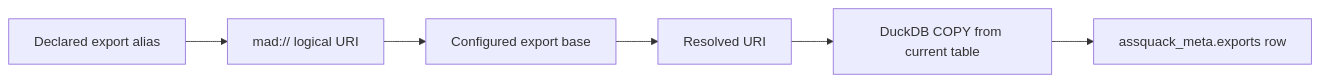
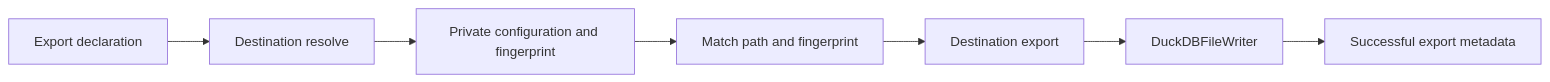
One commit to RFARQ3/assquack changed the diagram in docs/exports.md. Above: the diagram before and after it, drawn with Mermaid. The commit also changed other lines of this file and 51 other files, not shown here.

First line of the commit message:
feat(exports): resolve and fingerprint DuckDB export destinations

````diff
--- a/docs/exports.md
+++ b/docs/exports.md
@@ -26,8 +22,9 @@
 ```mermaid
 flowchart LR
-  Alias[Declared export alias] --> Logical[mad:// logical URI]
-  Logical --> Base[Configured export base]
-  Base --> Resolved[Resolved URI]
-  Resolved --> Copy[DuckDB COPY from current table]
-  Copy --> Manifest[assquack_meta.exports row]
+  Declaration[Export declaration] --> Resolve[Destination resolve]
+  Resolve --> Captured[Private configuration and fingerprint]
+  Captured --> Cache[Match path and fingerprint]
+  Cache --> Export[Destination export]
+  Export --> Writer[DuckDBFileWriter]
+  Writer --> Manifest[Successful export metadata]
 ```
````
